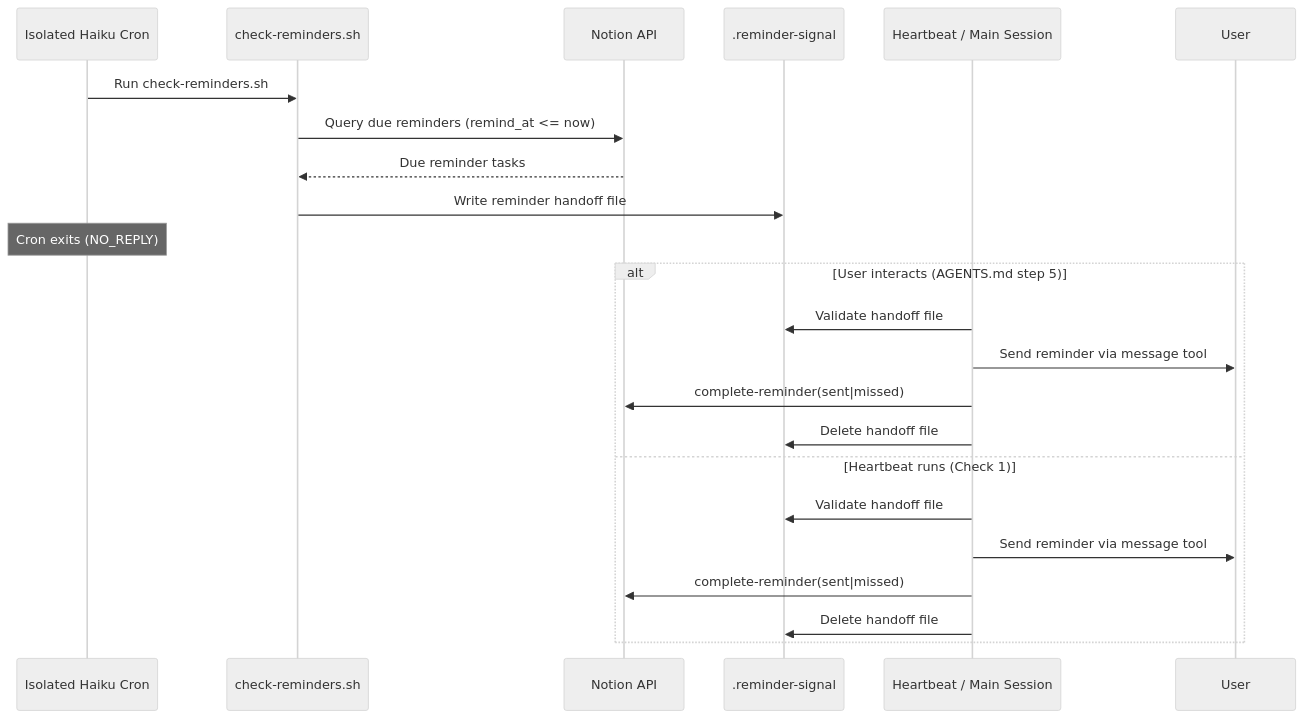
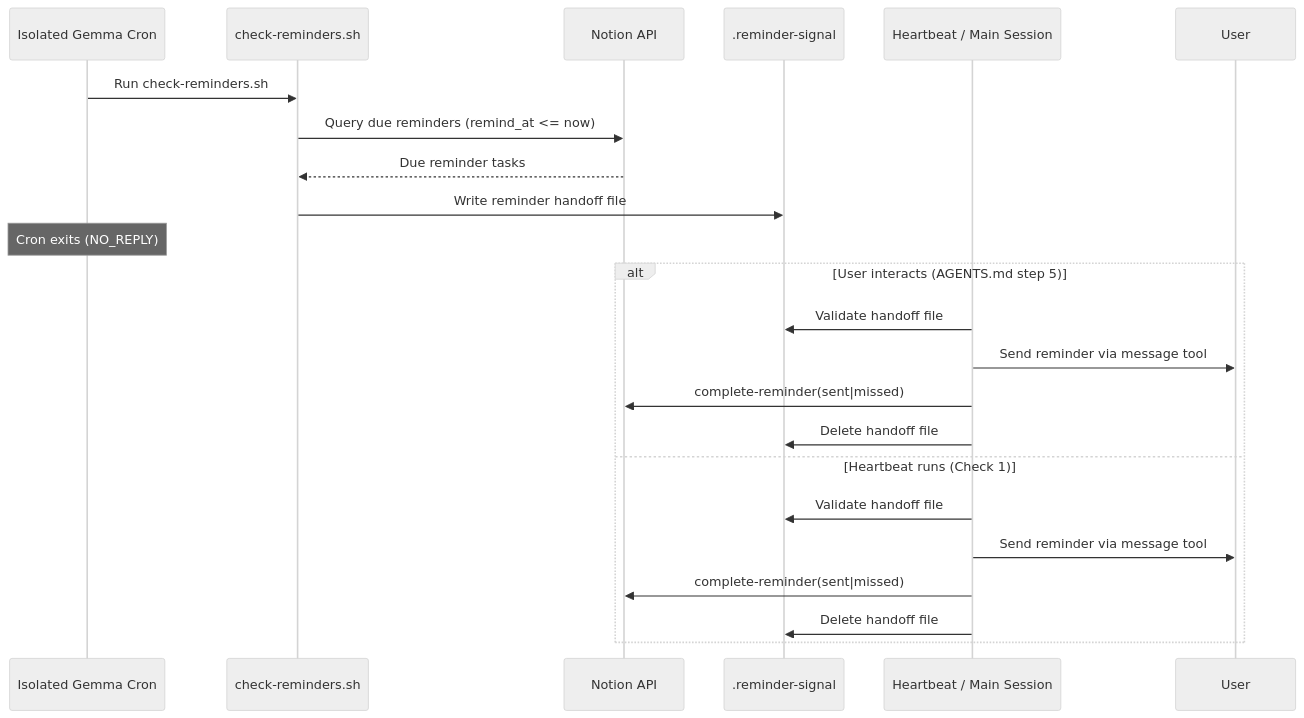
Diagram 22 of 28 in docs/user-interactions.md (NickBorgersProbably/hide-my-list), drawn with Mermaid (neutral theme) before and after one commit. The commit also changed other lines of this file and 7 other files, not shown here.

Commit message:
Update cron docs to gemma4

````diff
--- a/docs/user-interactions.md
+++ b/docs/user-interactions.md
@@ -757,26 +757,26 @@
 ```mermaid
 sequenceDiagram
-    participant Cron as Isolated Haiku Cron
+    participant Cron as Isolated Gemma Cron
     participant Scr as check-reminders.sh
     participant Notion as Notion API
     participant Signal as .reminder-signal
     participant Delivery as Heartbeat / Main Session
     participant User
 
     Cron->>Scr: Run check-reminders.sh
     Scr->>Notion: Query due reminders (remind_at <= now)
     Notion-->>Scr: Due reminder tasks
     Scr->>Signal: Write reminder handoff file
     Note over Cron: Cron exits (NO_REPLY)
     alt User interacts (AGENTS.md step 5)
         Delivery->>Signal: Validate handoff file
         Delivery->>User: Send reminder via message tool
         Delivery->>Notion: complete-reminder(sent|missed)
         Delivery->>Signal: Delete handoff file
     else Heartbeat runs (Check 1)
         Delivery->>Signal: Validate handoff file
         Delivery->>User: Send reminder via message tool
         Delivery->>Notion: complete-reminder(sent|missed)
         Delivery->>Signal: Delete handoff file
     end
 ```
````
